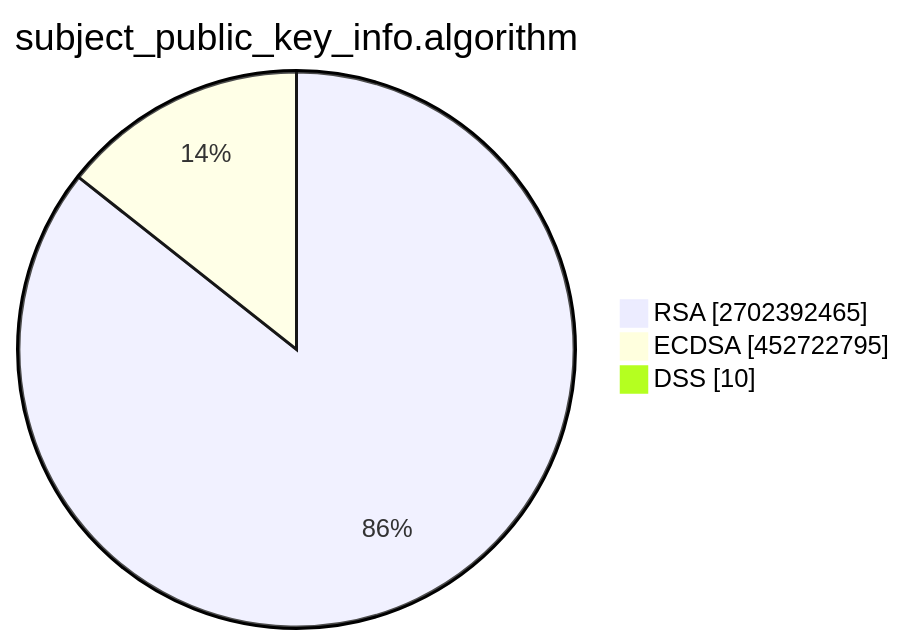
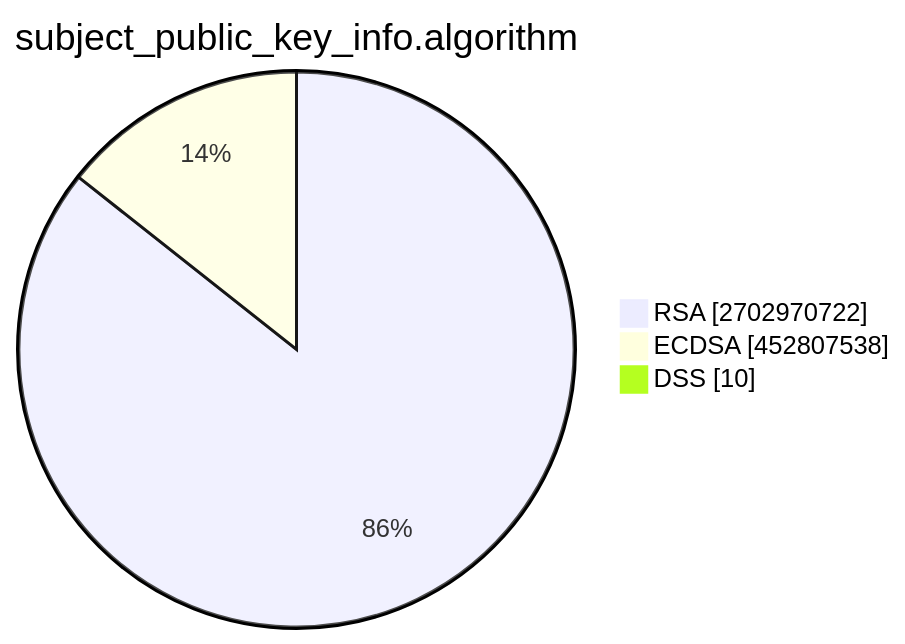
One commit to christiankrug/ctmonitor_visualization changed the second of 15 diagrams in TOTAL/README.md. Above: the diagram before and after it, drawn with Mermaid. The commit also changed other lines of this file, not shown here.

````diff
--- a/TOTAL/README.md
+++ b/TOTAL/README.md
@@ -6,7 +6,7 @@
 ```mermaid
 pie showData
 title subject_public_key_info.algorithm
-"RSA" :2702392465
-"ECDSA" :452722795
+"RSA" :2702970722
+"ECDSA" :452807538
 "DSS" :10
 ```
````
